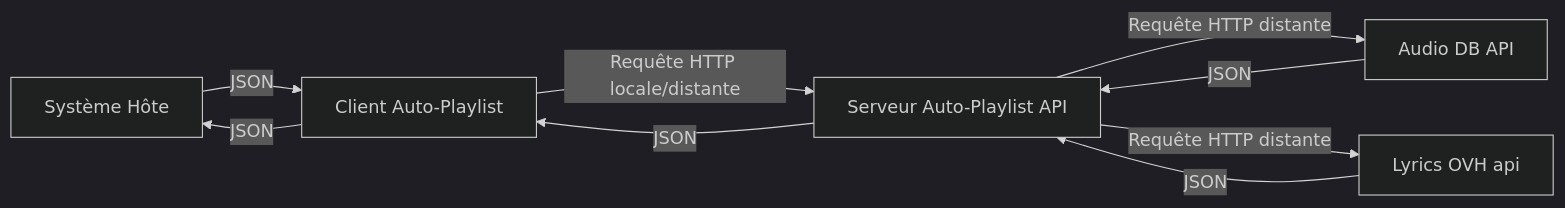
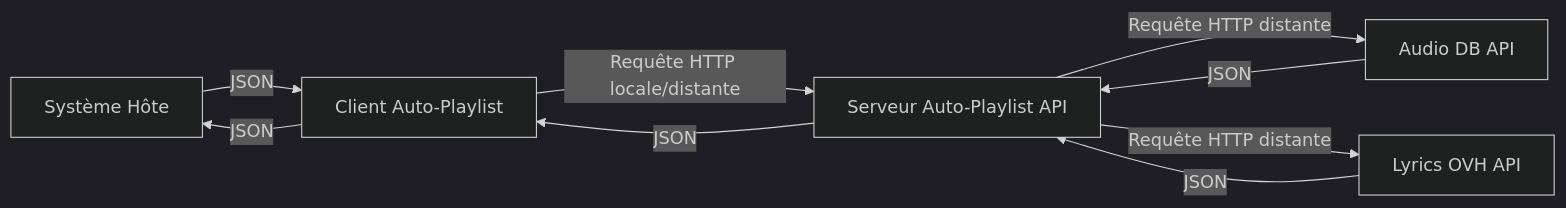
The diagram in README.md (itsame-mcl/auto-playlist-api), drawn with Mermaid (dark theme) before and after one commit. The commit also changed other lines of this file and 5 other files, not shown here.

````diff
--- a/README.md
+++ b/README.md
@@ -91,11 +97,11 @@
 ```mermaid
 graph LR;
     H[Système Hôte] --> |JSON|C;
     C[Client Auto-Playlist] --> |Requête HTTP locale/distante| S[Serveur Auto-Playlist API];
     S --> |Requête HTTP distante| A[Audio DB API];
-    S --> |Requête HTTP distante| L[Lyrics OVH api];
+    S --> |Requête HTTP distante| L[Lyrics OVH API];
     A --> |JSON| S;
     L --> |JSON| S;
     S --> |JSON| C;
     C --> |JSON| H;
 ```
````
